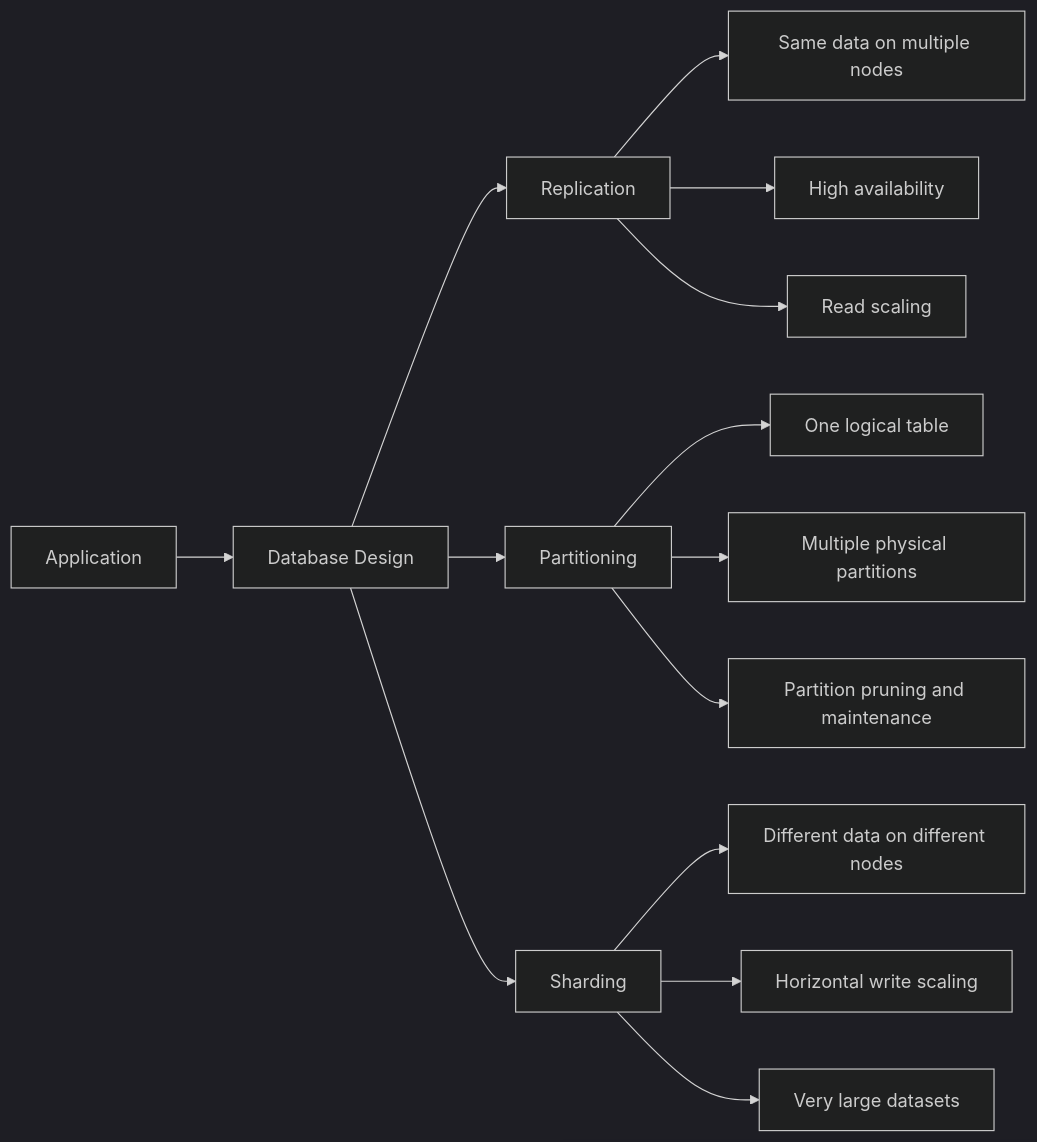
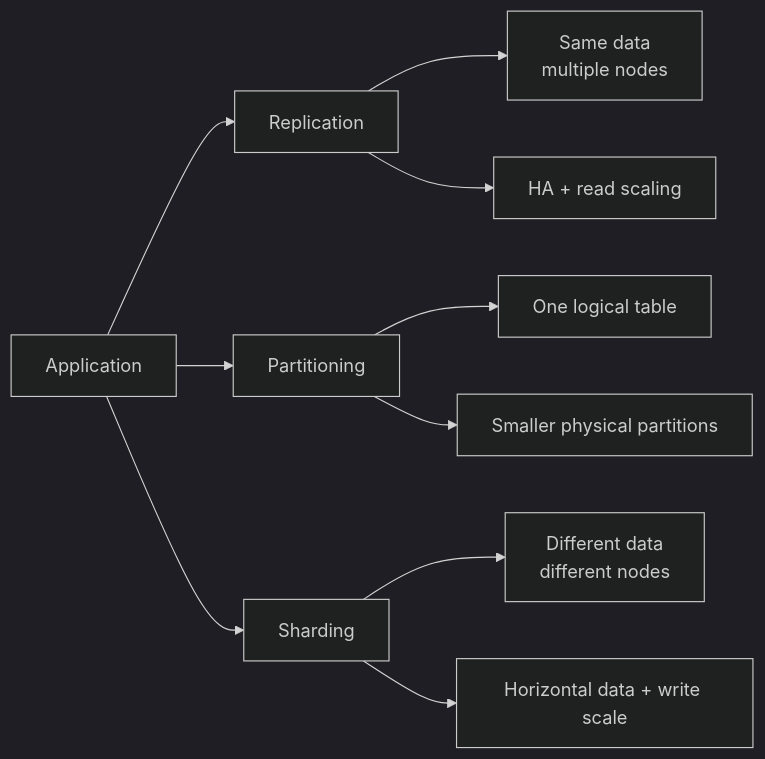
The first of 12 diagrams in src/content/databases/replication-sharding-partitioning.md (AvadhBhalodiya/Interview-Preparation), drawn with Mermaid (dark theme) before and after one commit. The commit also changed other lines of this file and 80 other files, not shown here.

````diff
--- a/src/content/databases/replication-sharding-partitioning.md
+++ b/src/content/databases/replication-sharding-partitioning.md
@@ -21,20 +22,15 @@
 ```mermaid
 flowchart LR
-    A[Application] --> B[Database Design]
+    A[Application] --> R[Replication]
+    A --> P[Partitioning]
+    A --> S[Sharding]
 
-    B --> C[Replication]
-    B --> D[Partitioning]
-    B --> E[Sharding]
+    R --> R1[Same data<br/>multiple nodes]
+    R --> R2[HA + read scaling]
 
-    C --> C1[Same data on multiple nodes]
-    C --> C2[High availability]
-    C --> C3[Read scaling]
+    P --> P1[One logical table]
+    P --> P2[Smaller physical partitions]
 
-    D --> D1[One logical table]
-    D --> D2[Multiple physical partitions]
-    D --> D3[Partition pruning and maintenance]
-
-    E --> E1[Different data on different nodes]
-    E --> E2[Horizontal write scaling]
-    E --> E3[Very large datasets]
+    S --> S1[Different data<br/>different nodes]
+    S --> S2[Horizontal data + write scale]
 ```
````
